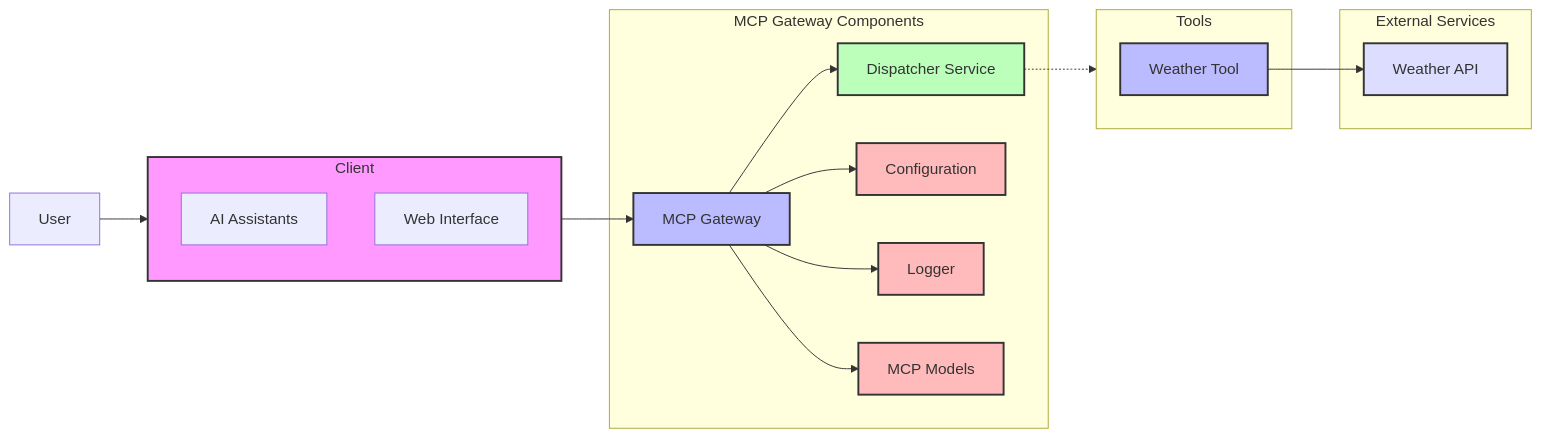
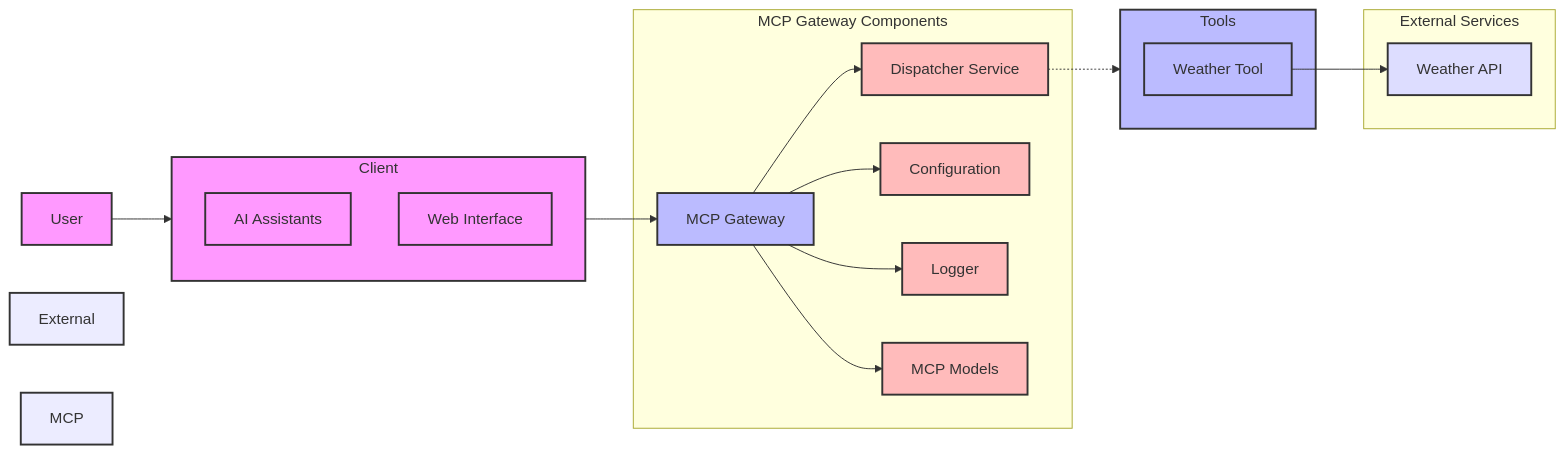
One commit to joewang8848/demomcp changed the second of 2 diagrams in README.md. Above: the diagram before and after it, drawn with Mermaid.

Commit message:
first readme

````diff
--- a/README.md
+++ b/README.md
@@ -25,37 +25,42 @@
 ```mermaid
 graph LR
     User[User] --> Client
     
     subgraph Client
         AI[AI Assistants]
         Web[Web Interface]
     end
       Client --> MCPGateway[MCP Gateway]
     Dispatcher -.-> Tools
     
     subgraph Tools
         WeatherTool[Weather Tool]
     end
     
     subgraph External Services
         API[Weather API]
     end
     
     WeatherTool --> API
     
     subgraph MCP Gateway Components
         MCPGateway --> Config[Configuration]
         MCPGateway --> Logger[Logger]
         MCPGateway --> Models[MCP Models]
         MCPGateway --> Dispatcher[Dispatcher Service]
     end
-    
-    style Client fill:#f9f,stroke:#333,stroke-width:2px
+      style Client fill:#f9f,stroke:#333,stroke-width:2px
+    style User fill:#f9f,stroke:#333,stroke-width:2px
+    style AI fill:#f9f,stroke:#333,stroke-width:2px
+    style Web fill:#f9f,stroke:#333,stroke-width:2px
     style MCPGateway fill:#bbf,stroke:#333,stroke-width:2px
-    style Dispatcher fill:#bfb,stroke:#333,stroke-width:2px
+    style Dispatcher fill:#fbb,stroke:#333,stroke-width:2px
     style WeatherTool fill:#bbf,stroke:#333,stroke-width:2px
     style API fill:#ddf,stroke:#333,stroke-width:2px
     style Config fill:#fbb,stroke:#333,stroke-width:2px
     style Logger fill:#fbb,stroke:#333,stroke-width:2px
     style Models fill:#fbb,stroke:#333,stroke-width:2px
+    style Tools fill:#bbf,stroke:#333,stroke-width:2px
+    style External Services fill:#ddf,stroke:#333,stroke-width:2px
+    style MCP Gateway Components fill:#bbf,stroke:#333,stroke-width:2px
 ```
````
